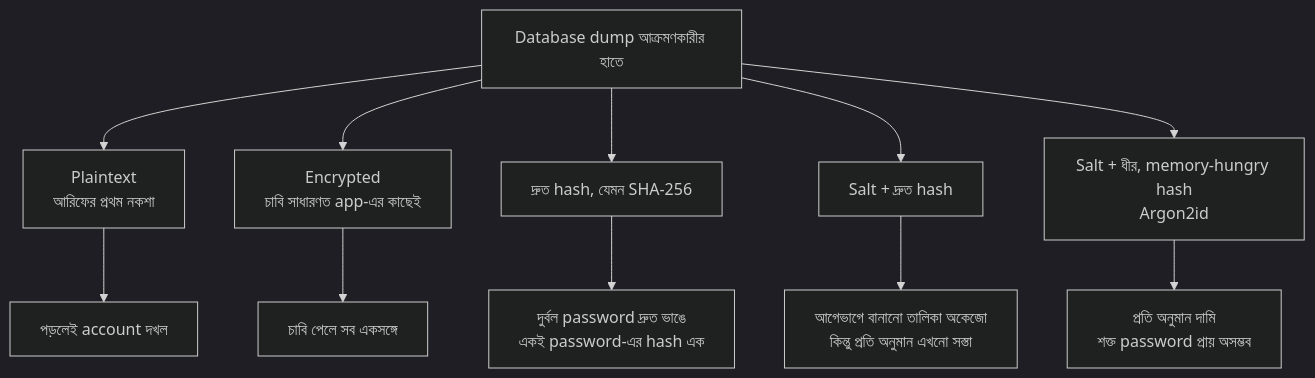
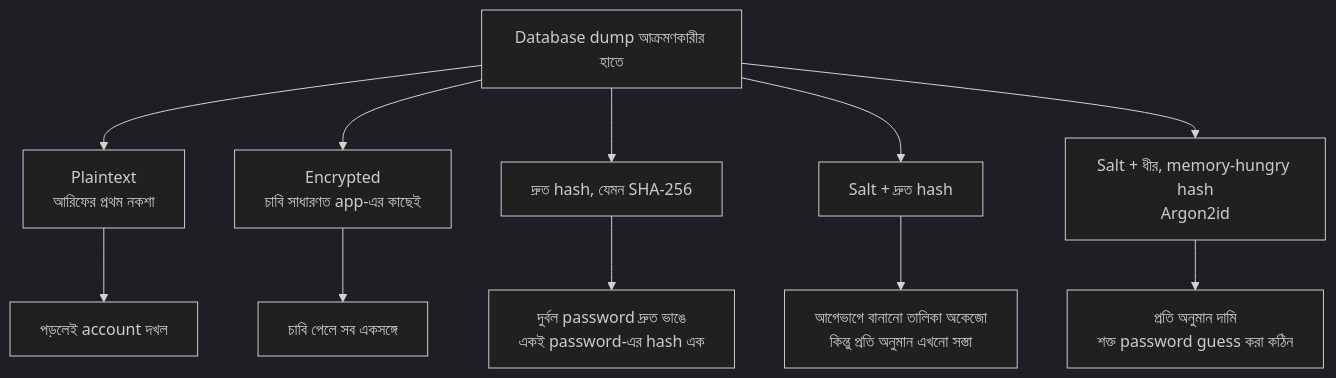
The fifth of 8 diagrams in series/season-1-browser-session-token/03-password-security/README.md (shomi-khan/auth-security-journey), drawn with Mermaid (dark theme) before and after one commit. The commit also changed other lines of this file, not shown here.

Commit message:
docs(chapter 3): clarify password hashing trade-offs

````diff
--- a/series/season-1-browser-session-token/03-password-security/README.md
+++ b/series/season-1-browser-session-token/03-password-security/README.md
@@ -261,13 +261,13 @@
 ```mermaid
 flowchart TD
     D["Database dump আক্রমণকারীর হাতে"] --> P["Plaintext<br/>আরিফের প্রথম নকশা"]
     D --> E["Encrypted<br/>চাবি সাধারণত app-এর কাছেই"]
     D --> F["দ্রুত hash, যেমন SHA-256"]
     D --> S["Salt + দ্রুত hash"]
     D --> A["Salt + ধীর, memory-hungry hash<br/>Argon2id"]
     P --> R1["পড়লেই account দখল"]
     E --> R2["চাবি পেলে সব একসঙ্গে"]
     F --> R3["দুর্বল password দ্রুত ভাঙে<br/>একই password-এর hash এক"]
     S --> R4["আগেভাগে বানানো তালিকা অকেজো<br/>কিন্তু প্রতি অনুমান এখনো সস্তা"]
-    A --> R5["প্রতি অনুমান দামি<br/>শক্ত password প্রায় অসম্ভব"]
+    A --> R5["প্রতি অনুমান দামি<br/>শক্ত password guess করা কঠিন"]
 ```
````
